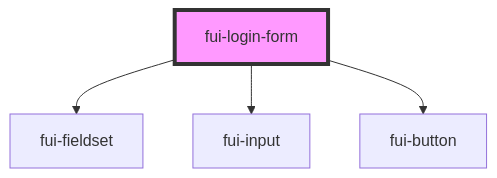
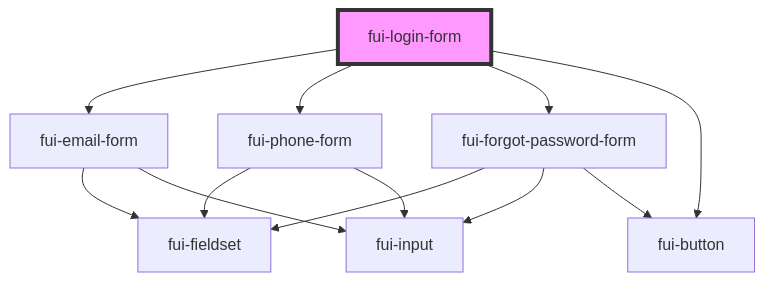
Before and after one commit to invertase/firebaseui-web: the diagram in packages/firebaseui-stencil/src/components/fui-login-form/readme.md, drawn with Mermaid. The commit also changed other lines of this file and 33 other files, not shown here.

````diff
--- a/packages/firebaseui-stencil/src/components/fui-login-form/readme.md
+++ b/packages/firebaseui-stencil/src/components/fui-login-form/readme.md
@@ -37,7 +39,15 @@
 ```mermaid
 graph TD;
-  fui-login-form --> fui-fieldset
-  fui-login-form --> fui-input
+  fui-login-form --> fui-email-form
+  fui-login-form --> fui-phone-form
+  fui-login-form --> fui-forgot-password-form
   fui-login-form --> fui-button
+  fui-email-form --> fui-fieldset
+  fui-email-form --> fui-input
+  fui-phone-form --> fui-fieldset
+  fui-phone-form --> fui-input
+  fui-forgot-password-form --> fui-fieldset
+  fui-forgot-password-form --> fui-input
+  fui-forgot-password-form --> fui-button
   style fui-login-form fill:#f9f,stroke:#333,stroke-width:4px
 ```
````
